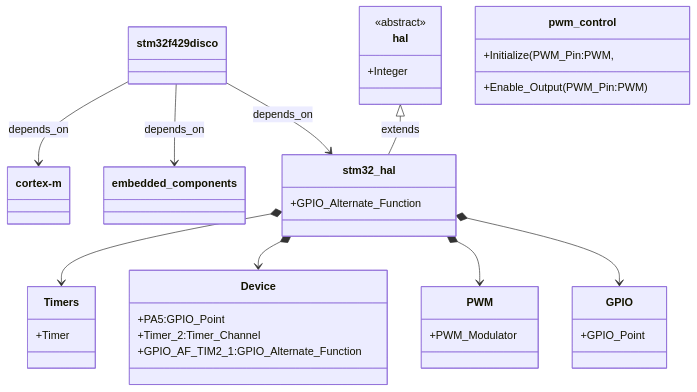
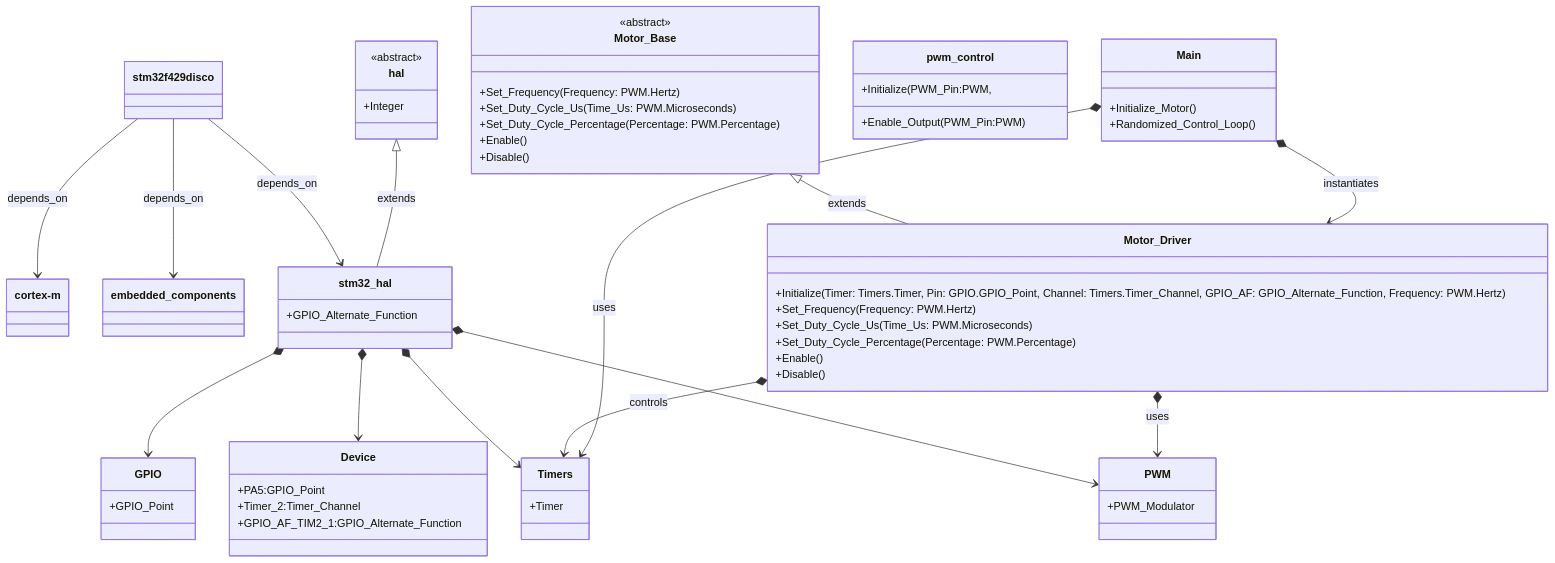
The diagram in pwm_control/README.md (JaredD-SWENG/VDI-ADC-Modular-System), drawn with Mermaid before and after one commit. The commit also changed 2 other files, not shown here.

Commit message:
updated development documentation and  notes

````diff
--- a/pwm_control/README.md
+++ b/pwm_control/README.md
@@ -18,52 +16,82 @@
 ```mermaid
 classDiagram
 
 class stm32f429disco
 class cortex-m
 
 class embedded_components
 
 class stm32_hal {
     +GPIO_Alternate_Function
 }
 
 class hal {
     <<abstract>>
     +Integer
 }
 
 class Timers {
     +Timer
 }
 
 class PWM {
     +PWM_Modulator
 }
 
 class Device {
     +PA5:GPIO_Point
     +Timer_2:Timer_Channel
     +GPIO_AF_TIM2_1:GPIO_Alternate_Function
 }
 
 class GPIO {
     +GPIO_Point
 }
 
+class Motor_Base {
+    <<abstract>>
+    +Set_Frequency(Frequency: PWM.Hertz)
+    +Set_Duty_Cycle_Us(Time_Us: PWM.Microseconds)
+    +Set_Duty_Cycle_Percentage(Percentage: PWM.Percentage)
+    +Enable()
+    +Disable()
+}
+
+class Motor_Driver {
+    +Initialize(Timer: Timers.Timer, Pin: GPIO.GPIO_Point, Channel: Timers.Timer_Channel, GPIO_AF: GPIO_Alternate_Function, Frequency: PWM.Hertz)
+    +Set_Frequency(Frequency: PWM.Hertz)
+    +Set_Duty_Cycle_Us(Time_Us: PWM.Microseconds)
+    +Set_Duty_Cycle_Percentage(Percentage: PWM.Percentage)
+    +Enable()
+    +Disable()
+}
+
 class pwm_control {
     +Initialize(PWM_Pin:PWM, 
     +Enable_Output(PWM_Pin:PWM)
+}
+
+class Main {
+    +Initialize_Motor()
+    +Randomized_Control_Loop()
 }
 
 stm32f429disco --> cortex-m : depends_on
 stm32f429disco --> embedded_components : depends_on
 stm32f429disco --> stm32_hal : depends_on
 
 hal <|-- stm32_hal : extends
 
 stm32_hal *--> Timers
 stm32_hal *--> Device
 stm32_hal *--> PWM
 stm32_hal *--> GPIO
 
+Motor_Base <|-- Motor_Driver : extends
+Motor_Driver *--> PWM : uses
+Motor_Driver *--> Timers : controls
+
+Main *--> Motor_Driver : instantiates
+Main *--> Timers : uses
+
 ```
````
